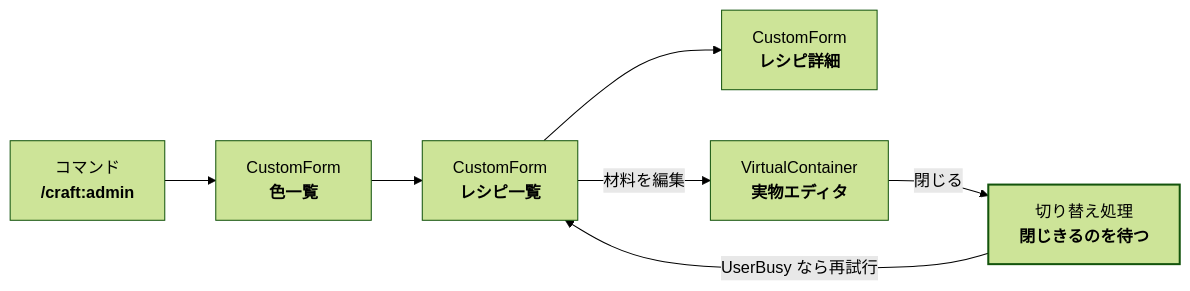
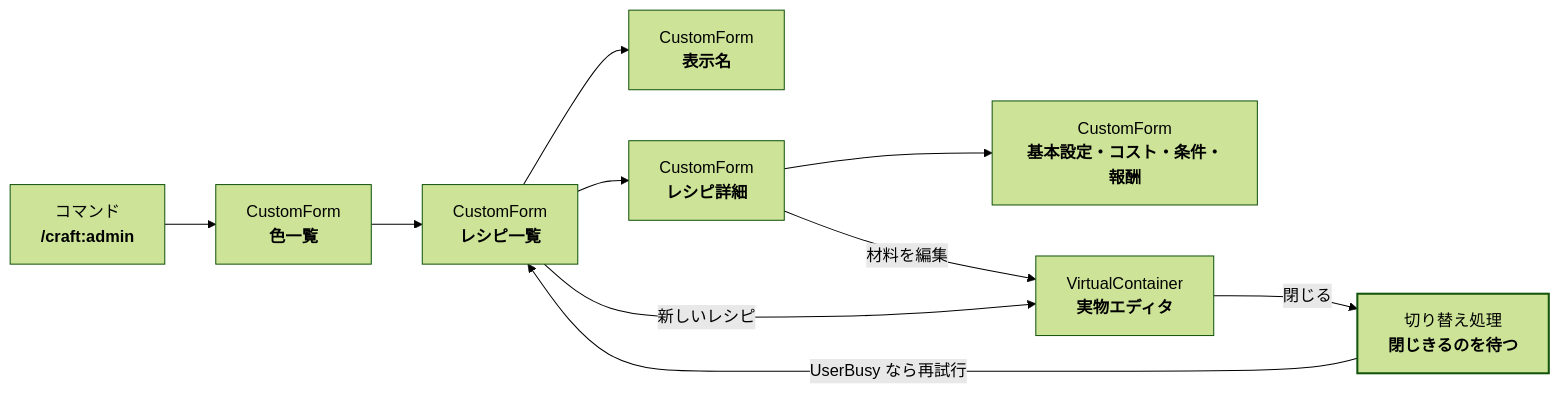
The diagram in docs/06-admin-ui.md (tutinoko2048/custom-crafting), drawn with Mermaid (forest theme) before and after one commit. The commit also changed other lines of this file and 3 other files, not shown here.

````diff
--- a/docs/06-admin-ui.md
+++ b/docs/06-admin-ui.md
@@ -23,10 +24,13 @@
 ```mermaid
 flowchart LR
     admin["コマンド<br/><b>/craft:admin</b>"] --> colors["CustomForm<br/><b>色一覧</b>"]
     colors --> recipes["CustomForm<br/><b>レシピ一覧</b>"]
+    recipes --> name["CustomForm<br/><b>表示名</b>"]
     recipes --> detail["CustomForm<br/><b>レシピ詳細</b>"]
-    recipes -- 材料を編集 --> editor["VirtualContainer<br/><b>実物エディタ</b>"]
+    detail --> section["CustomForm<br/><b>基本設定・コスト・条件・報酬</b>"]
+    recipes -- 新しいレシピ --> editor["VirtualContainer<br/><b>実物エディタ</b>"]
+    detail -- 材料を編集 --> editor
     editor -- 閉じる --> wait["切り替え処理<br/><b>閉じきるのを待つ</b>"]
     wait -- UserBusy なら再試行 --> recipes
     style wait stroke-width:2px
 ```
````
